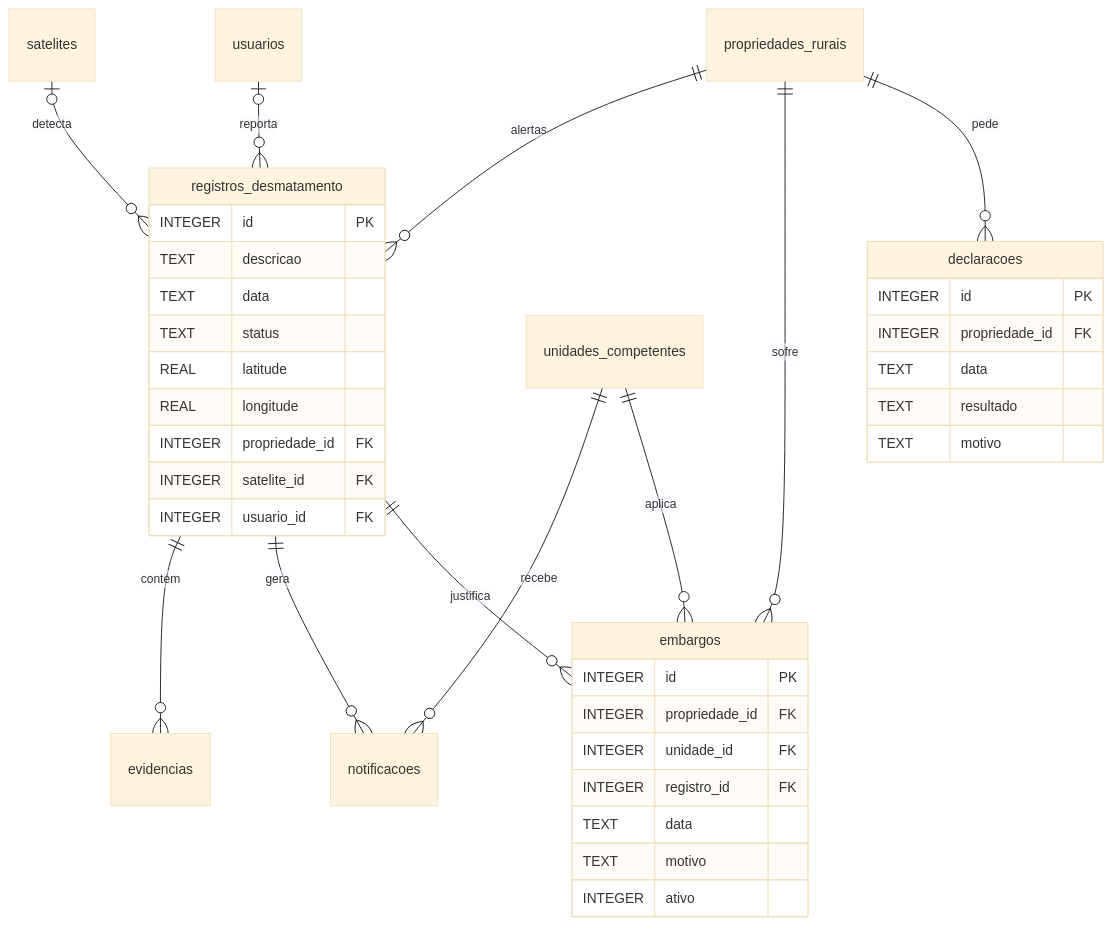
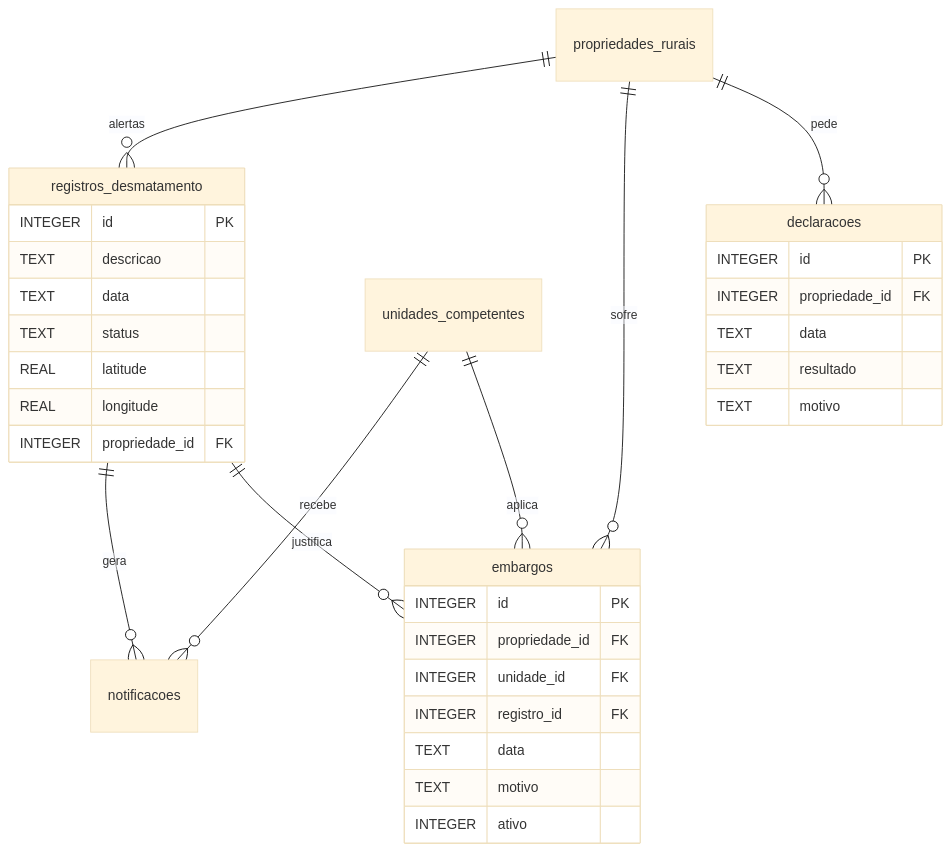
Before and after one commit to pedrohrossetto/sys-car: the seventh of 7 diagrams in docs/fiscalizacao/diagramas.pt-br.md, drawn with Mermaid (base theme). The commit also changed other lines of this file and 8 other files, not shown here.

First line of the commit message:
docs(fiscalizacao): ADR-F11 e F12, diagramas e guia sem as fontes

````diff
--- a/docs/fiscalizacao/diagramas.pt-br.md
+++ b/docs/fiscalizacao/diagramas.pt-br.md
@@ -303,40 +318,35 @@
 ```mermaid
 erDiagram
     propriedades_rurais ||--o{ registros_desmatamento : "alertas"
-    satelites |o--o{ registros_desmatamento : "detecta"
-    usuarios |o--o{ registros_desmatamento : "reporta"
-    registros_desmatamento ||--o{ evidencias : "contém"
     registros_desmatamento ||--o{ notificacoes : "gera"
     unidades_competentes ||--o{ notificacoes : "recebe"
     propriedades_rurais ||--o{ embargos : "sofre"
     unidades_competentes ||--o{ embargos : "aplica"
     registros_desmatamento ||--o{ embargos : "justifica"
     propriedades_rurais ||--o{ declaracoes : "pede"
     registros_desmatamento {
         INTEGER id PK
         TEXT descricao
         TEXT data
         TEXT status
         REAL latitude
         REAL longitude
         INTEGER propriedade_id FK
-        INTEGER satelite_id FK
-        INTEGER usuario_id FK
     }
     embargos {
         INTEGER id PK
         INTEGER propriedade_id FK
         INTEGER unidade_id FK
         INTEGER registro_id FK
         TEXT data
         TEXT motivo
         INTEGER ativo
     }
     declaracoes {
         INTEGER id PK
         INTEGER propriedade_id FK
         TEXT data
         TEXT resultado
         TEXT motivo
     }
 ```
````
